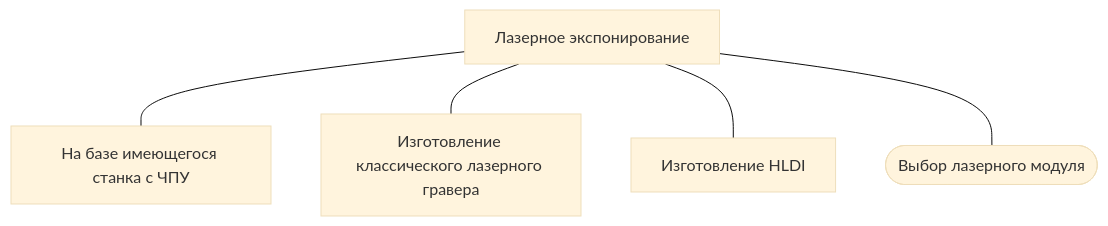
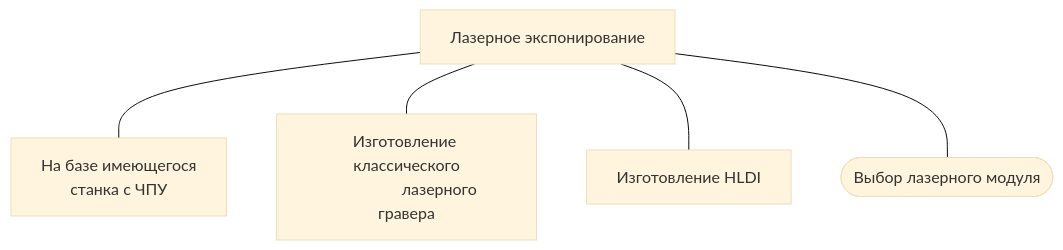
Before and after one commit to ufrs12/PCB-making: the diagram in MD/expo/laser/laser.md, drawn with Mermaid (base theme).

````diff
--- a/MD/expo/laser/laser.md
+++ b/MD/expo/laser/laser.md
@@ -3,9 +3,11 @@
 ```mermaid
 flowchart
 n33["Лазерное экспонирование"]
 		click n33 "https://github.com/ufrs12/PCB-making/blob/main/MD/expo/laser/laser.md"
-	n33 --- n36["На базе имеющегося станка с ЧПУ"]
-	n33 --- n37["Изготовление классического лазерного гравера"]
+	n33 --- n36["На базе имеющегося
+		 станка с ЧПУ"]
+	n33 --- n37["Изготовление классического
+		 лазерного гравера"]
 	n33 --- n38["Изготовление HLDI"]
 	n33 --- n39@{ shape: "stadium", label: "Выбор лазерного модуля" }
 ```
````
